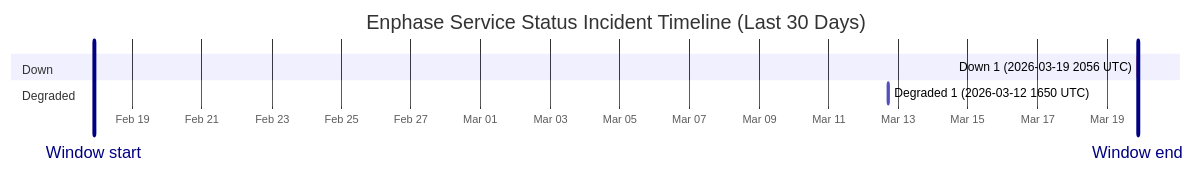
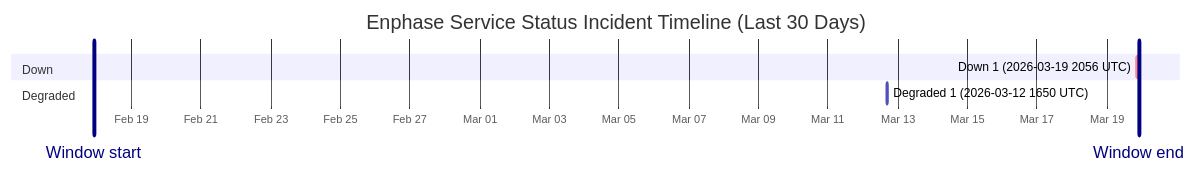
Before and after one commit to barneyonline/ha-enphase-ev-charger: the diagram in wiki/Service-Status-History.md, drawn with Mermaid. The commit also changed other lines of this file and 3 other files, not shown here.

````diff
--- a/wiki/Service-Status-History.md
+++ b/wiki/Service-Status-History.md
@@ -14,12 +14,12 @@
 ```mermaid
 gantt
     title Enphase Service Status Incident Timeline (Last 30 Days)
     dateFormat  YYYY-MM-DDTHH:mm:ss
     axisFormat  %b %d
-    Window start :vert, window-start, 2026-02-17T21:26:50, 0ms
-    Window end :vert, window-end, 2026-03-19T21:26:50, 0ms
+    Window start :vert, window-start, 2026-02-17T22:18:28, 0ms
+    Window end :vert, window-end, 2026-03-19T22:18:28, 0ms
     section Down
-    Down 1 (2026-03-19 2056 UTC) :crit, down-1, 2026-03-19T20:56:20, 60m
+    Down 1 (2026-03-19 2056 UTC) :crit, down-1, 2026-03-19T20:56:20, 82m
     section Degraded
     Degraded 1 (2026-03-12 1650 UTC) :active, degraded-1, 2026-03-12T16:50:43, 60m
 ```
````
